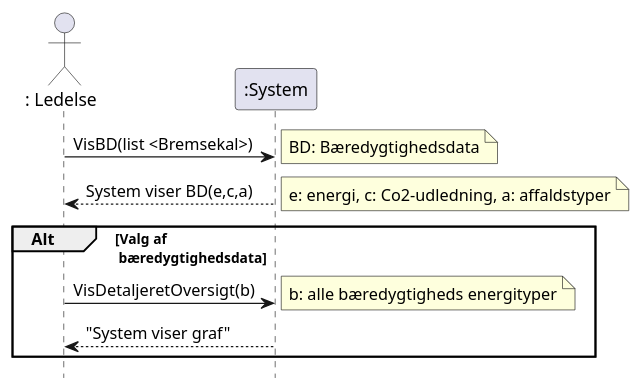
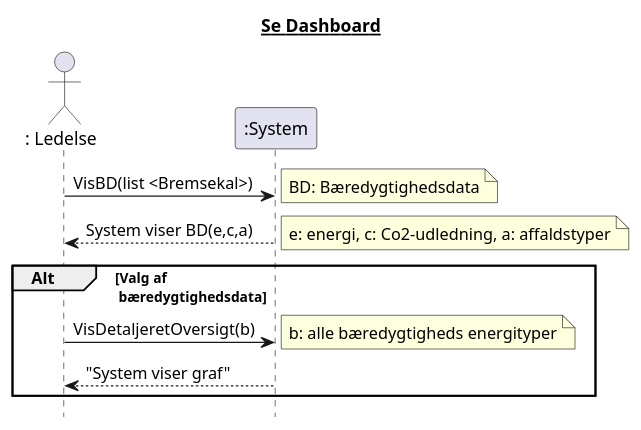
One commit to FilipMeldal/Team1A changed the diagram in Budweg/Artefacts/BudwegSSD.plantuml. Above: the diagram before and after it, drawn with PlantUML. The commit also changed 1 other file, not shown here.

```diff
--- a/Budweg/Artefacts/BudwegSSD.plantuml
+++ b/Budweg/Artefacts/BudwegSSD.plantuml
@@ -1,20 +1,20 @@
 @startuml
 hide empty method
-
+Title <u>Se Dashboard
 
 Actor ": Ledelse" as L
 participant ":System" as S
 
 L -> S: VisBD(list <Bremsekal>)  
 note right: BD: Bæredygtighedsdata
 S --> L: System viser BD(e,c,a)
 note right: e: energi, c: Co2-udledning, a: affaldstyper
 
 group Alt [Valg af \n bæredygtighedsdata]
 L -> S: VisDetaljeretOversigt(b) 
 note right: b: alle bæredygtigheds energityper
 S --> L: "System viser graf"
 hide footbox
 end
 
 @enduml
```
